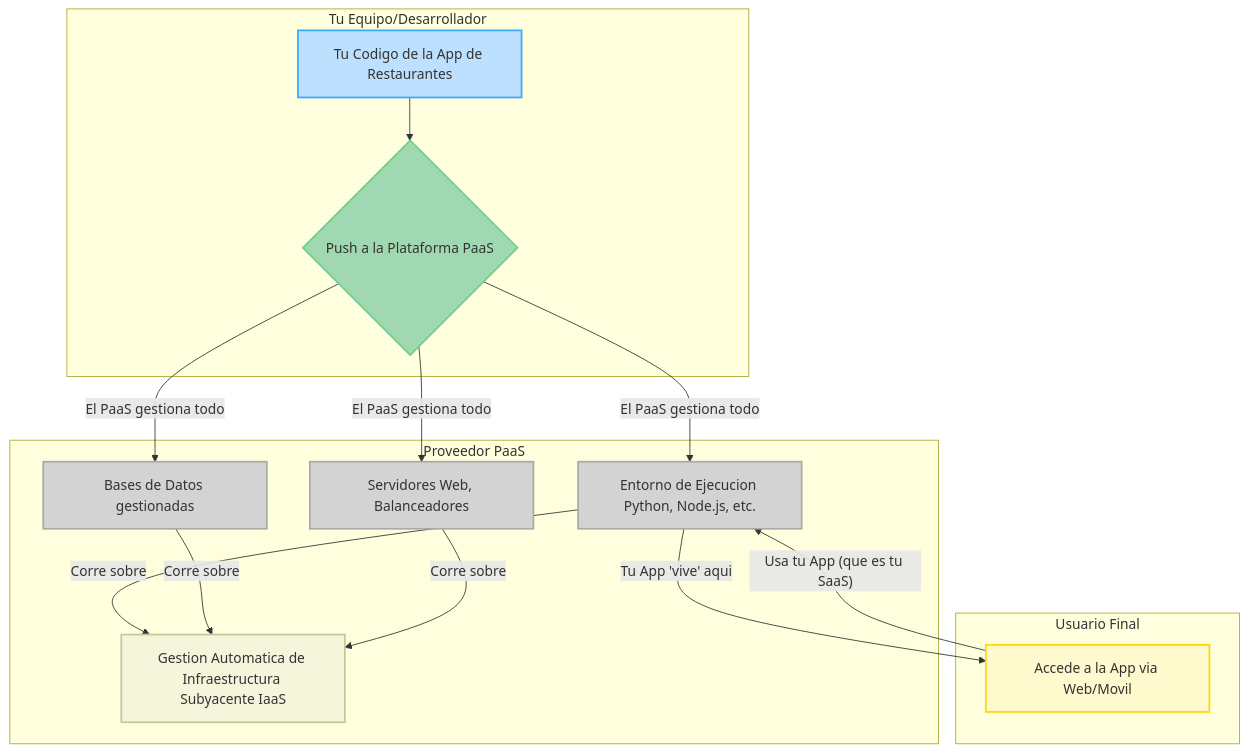
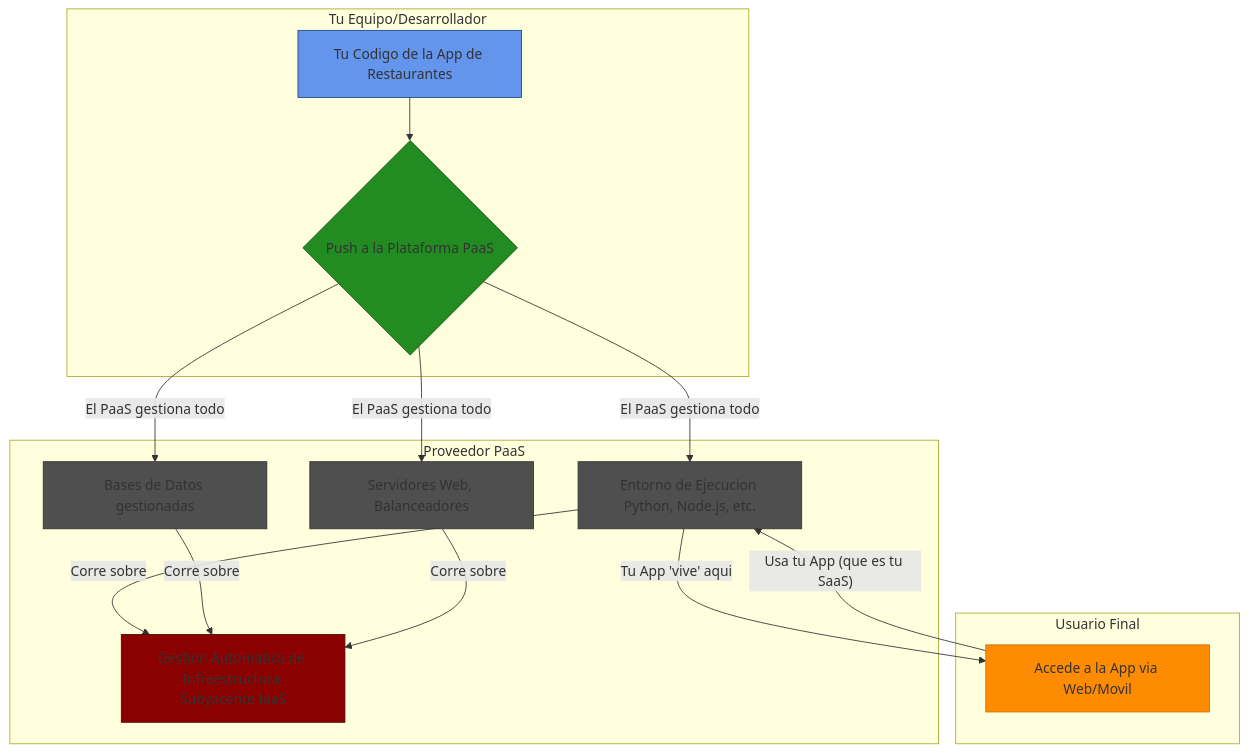
The second of 4 diagrams in Modelos.md (TheNefelin/TalentoDigital_CloudArchitecture_2025), drawn with Mermaid before and after one commit. The commit also changed other lines of this file, not shown here.

````diff
--- a/Modelos.md
+++ b/Modelos.md
@@ -47,32 +47,32 @@
 ```mermaid
 graph TD
     subgraph Tu Equipo/Desarrollador
         A[Tu Codigo de la App de Restaurantes] --> B{Push a la Plataforma PaaS};
     end
 
     subgraph Proveedor PaaS
         C[Entorno de Ejecucion Python, Node.js, etc.]
         D[Bases de Datos gestionadas]
         E[Servidores Web, Balanceadores]
         F[Gestion Automatica de Infraestructura Subyacente IaaS]
     end
 
     subgraph Usuario Final
         G[Accede a la App via Web/Movil]
     end
 
     B -- "El PaaS gestiona todo" --> C
     B -- "El PaaS gestiona todo" --> D
     B -- "El PaaS gestiona todo" --> E
     C & D & E -- "Corre sobre" --> F
     C -- "Tu App 'vive' aqui" --> G
     G -- "Usa tu App (que es tu SaaS)" --> C
 
-style A fill:#BDE0FE,stroke:#36A9FF,stroke-width:2px
-style B fill:#A0D9B1,stroke:#6CCF8D,stroke-width:2px
-style C fill:#D3D3D3,stroke:#A9A9A9,stroke-width:2px
-style D fill:#D3D3D3,stroke:#A9A9A9,stroke-width:2px
-style E fill:#D3D3D3,stroke:#A9A9A9,stroke-width:2px
-style F fill:#F5F5DC,stroke:#C6C69C,stroke-width:2px
-style G fill:#FFFACD,stroke:#FFD700,stroke-width:2px
+style A fill:#6495ED,stroke:#1E488C,stroke-width:2px; color:#FFFFFF
+style B fill:#228B22,stroke:#145214,stroke-width:2px; color:#FFFFFF
+style C fill:#4F4F4F,stroke:#333333,stroke-width:2px; color:#FFFFFF
+style D fill:#4F4F4F,stroke:#333333,stroke-width:2px; color:#FFFFFF
+style E fill:#4F4F4F,stroke:#333333,stroke-width:2px; color:#FFFFFF
+style F fill:#8B0000,stroke:#5A0000,stroke-width:2px; color:#FFFFFF
+style G fill:#FF8C00,stroke:#CC7000,stroke-width:2px; color:#FFFFFF
 ```
````
